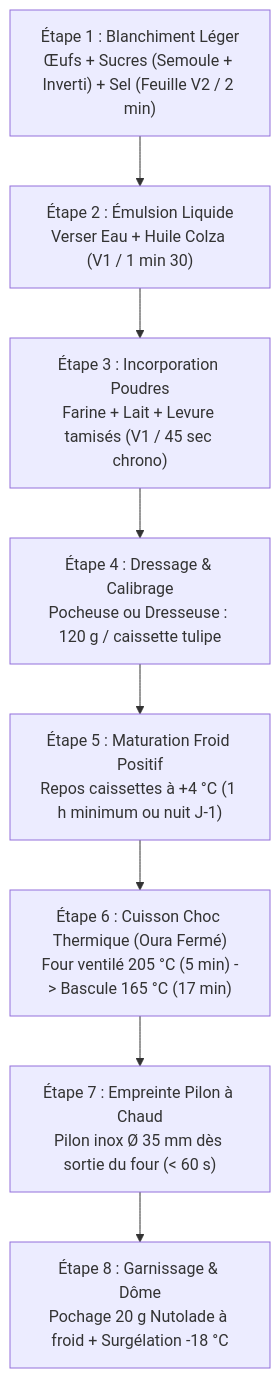
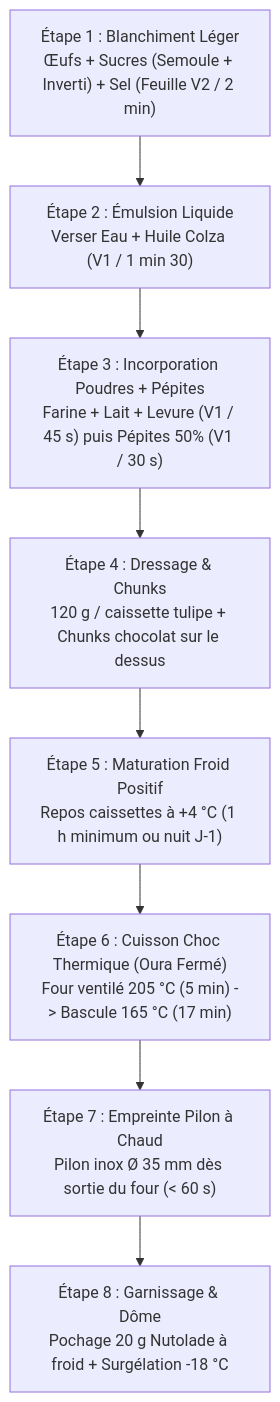
The diagram in recettes/catalogue/muffins-gamme-atelier.md (jri561/laboratoire-tourage-boulangerie), drawn with Mermaid before and after one commit. The commit also changed other lines of this file and 17 other files, not shown here.

````diff
--- a/recettes/catalogue/muffins-gamme-atelier.md
+++ b/recettes/catalogue/muffins-gamme-atelier.md
@@ -92,10 +94,10 @@
 ```mermaid
 flowchart TD
     A["Étape 1 : Blanchiment Léger<br>Œufs + Sucres (Semoule + Inverti) + Sel (Feuille V2 / 2 min)"] --> B["Étape 2 : Émulsion Liquide<br>Verser Eau + Huile Colza (V1 / 1 min 30)"]
-    B --> C["Étape 3 : Incorporation Poudres<br>Farine + Lait + Levure tamisés (V1 / 45 sec chrono)"]
-    C --> D["Étape 4 : Dressage & Calibrage<br>Pocheuse ou Dresseuse : 120 g / caissette tulipe"]
+    B --> C["Étape 3 : Incorporation Poudres + Pépites<br>Farine + Lait + Levure (V1 / 45 s) puis Pépites 50% (V1 / 30 s)"]
+    C --> D["Étape 4 : Dressage & Chunks<br>120 g / caissette tulipe + Chunks chocolat sur le dessus"]
     D --> E["Étape 5 : Maturation Froid Positif<br>Repos caissettes à +4 °C (1 h minimum ou nuit J-1)"]
     E --> F["Étape 6 : Cuisson Choc Thermique (Oura Fermé)<br>Four ventilé 205 °C (5 min) -> Bascule 165 °C (17 min)"]
     F --> G["Étape 7 : Empreinte Pilon à Chaud<br>Pilon inox Ø 35 mm dès sortie du four (< 60 s)"]
     G --> H["Étape 8 : Garnissage & Dôme<br>Pochage 20 g Nutolade à froid + Surgélation -18 °C"]
 ```
````
